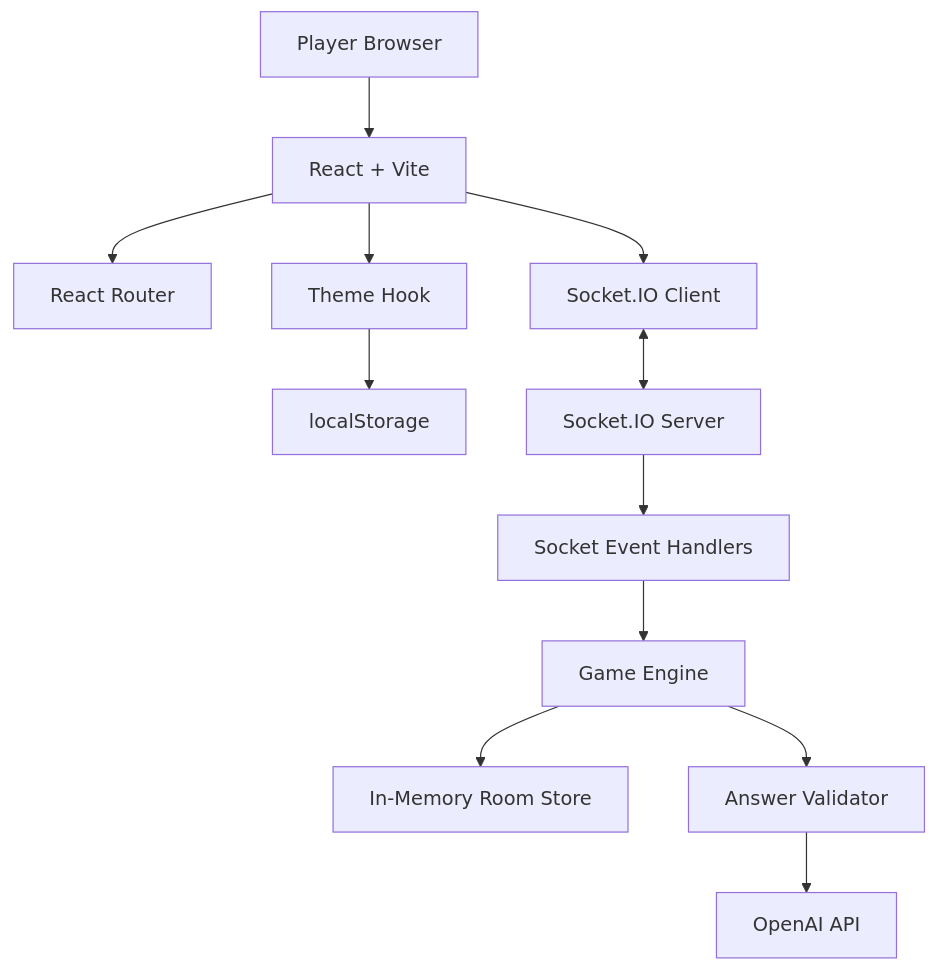
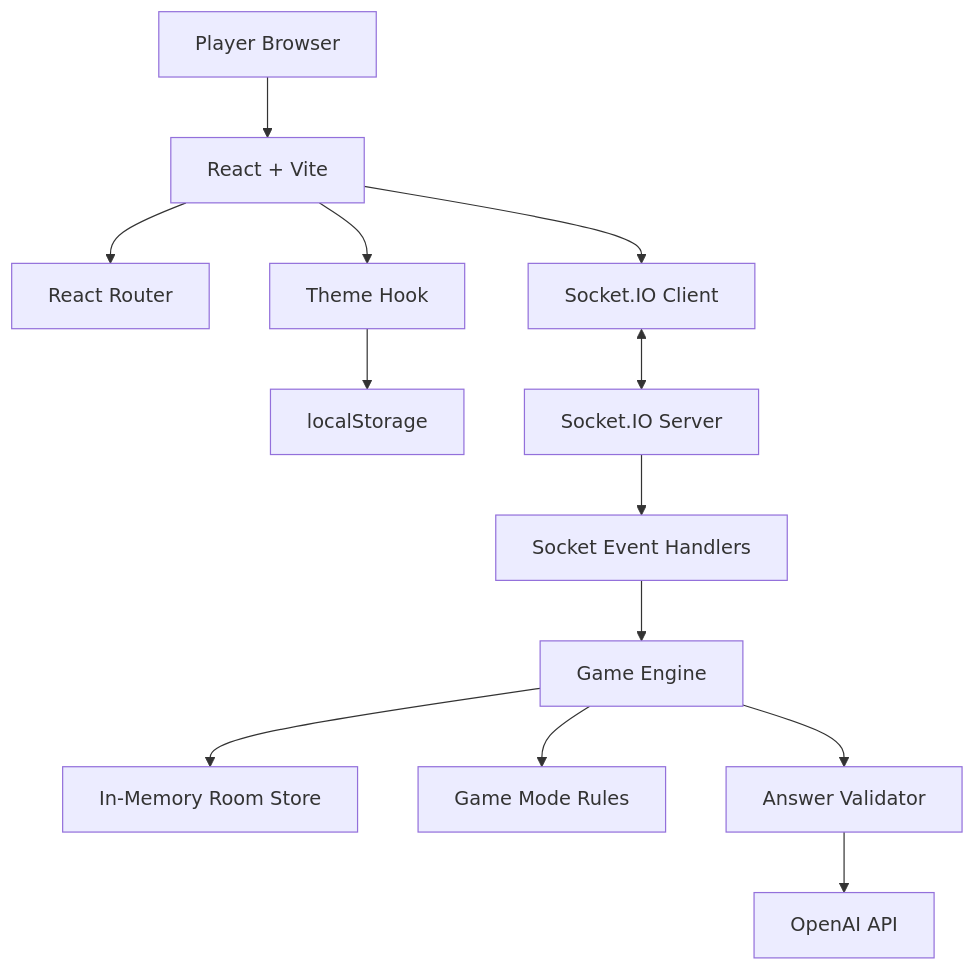
One commit to ayushydv1805/Alphabet-Rush changed the first of 3 diagrams in README.md. Above: the diagram before and after it, drawn with Mermaid. The commit also changed other lines of this file and 14 other files, not shown here.

```diff
--- a/README.md
+++ b/README.md
@@ -119,15 +127,16 @@
 ~~~mermaid
 flowchart TD
     U[Player Browser] --> R[React + Vite]
     R --> P[React Router]
     R --> S[Socket.IO Client]
     R --> T[Theme Hook]
     T --> L[localStorage]
 
     S <--> W[Socket.IO Server]
     W --> H[Socket Event Handlers]
     H --> G[Game Engine]
     G --> M[In-Memory Room Store]
+    G --> GM[Game Mode Rules]
     G --> V[Answer Validator]
     V --> O[OpenAI API]
 ~~~
```
